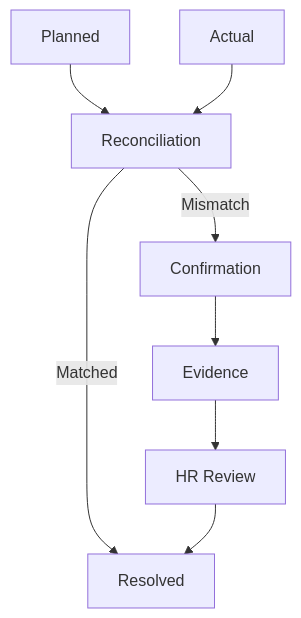
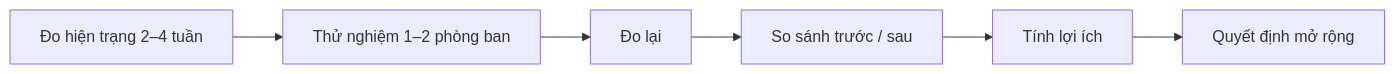
Diagram 14 of 15 in MÔ HÌNH/DOCUMENTATION/07_PRESENTATION.md (Nang0559/Reggister), drawn with Mermaid before and after one commit. The commit also changed other lines of this file and 256 other files, not shown here.

````diff
--- a/MÔ HÌNH/DOCUMENTATION/07_PRESENTATION.md
+++ b/MÔ HÌNH/DOCUMENTATION/07_PRESENTATION.md
@@ -510,10 +494,8 @@
 ```mermaid
-flowchart TD
-    P[Planned] --> R[Reconciliation]
-    A[Actual] --> R
-    R -->|Matched| OK[Resolved]
-    R -->|Mismatch| C[Confirmation]
-    C --> E[Evidence]
-    E --> H[HR Review]
-    H --> OK
+flowchart LR
+    A[Đo hiện trạng 2–4 tuần] --> B[Thử nghiệm 1–2 phòng ban]
+    B --> C[Đo lại]
+    C --> D[So sánh trước / sau]
+    D --> E[Tính lợi ích]
+    E --> F[Quyết định mở rộng]
 ```
````
